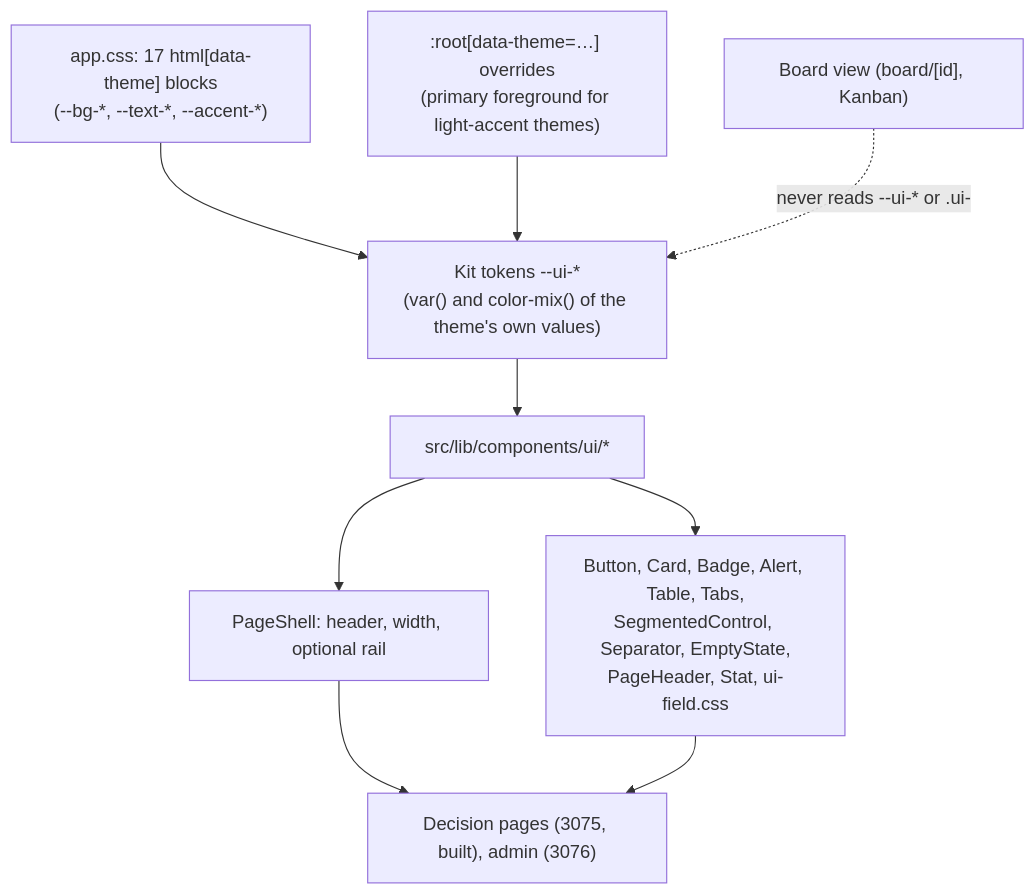
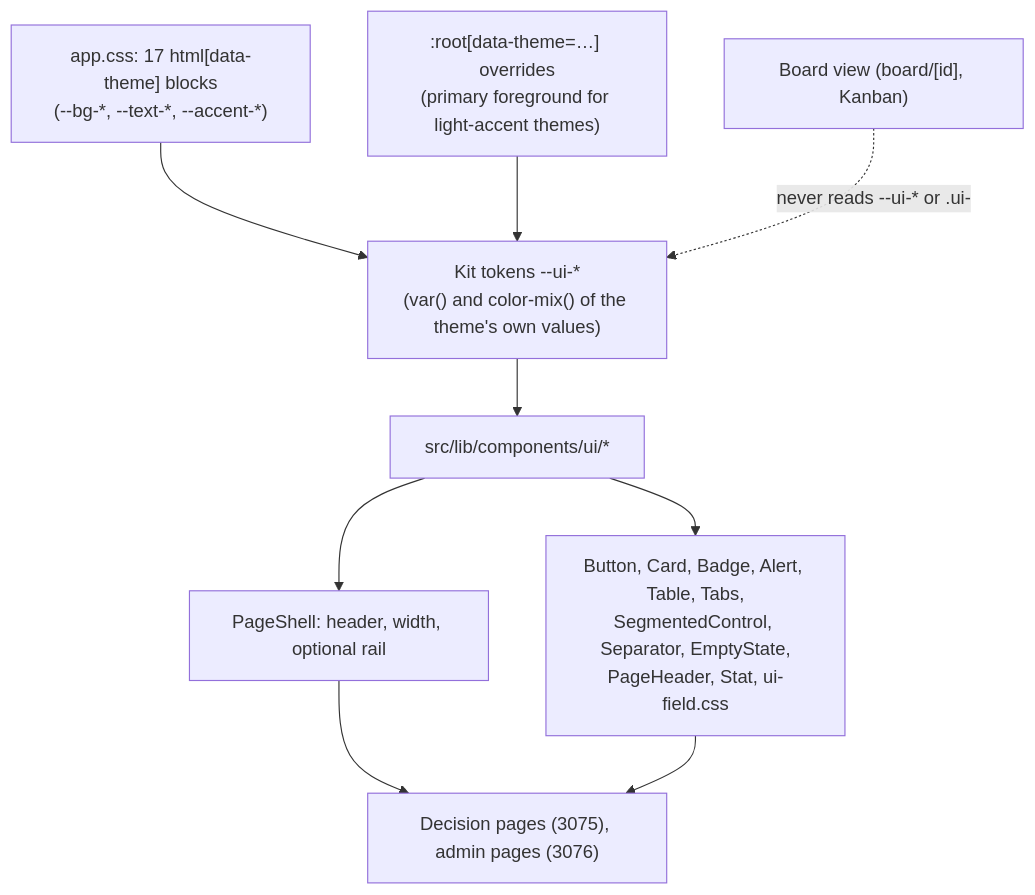
One commit to gitBoon/DumpFire changed the first of 4 diagrams in docs/ui-kit.md. Above: the diagram before and after it, drawn with Mermaid. The commit also changed other lines of this file and 37 other files, not shown here.

````diff
--- a/docs/ui-kit.md
+++ b/docs/ui-kit.md
@@ -28,11 +29,11 @@
 ```mermaid
 flowchart TB
     Themes["app.css: 17 html[data-theme] blocks<br/>(--bg-*, --text-*, --accent-*)"] --> Tokens["Kit tokens --ui-*<br/>(var() and color-mix() of the theme's own values)"]
     Overrides[":root[data-theme=…] overrides<br/>(primary foreground for light-accent themes)"] --> Tokens
     Tokens --> Kit["src/lib/components/ui/*"]
     Kit --> Shell["PageShell: header, width, optional rail"]
     Kit --> Parts["Button, Card, Badge, Alert, Table, Tabs,<br/>SegmentedControl, Separator, EmptyState,<br/>PageHeader, Stat, ui-field.css"]
-    Shell --> Pages["Decision pages (3075, built), admin (3076)"]
+    Shell --> Pages["Decision pages (3075), admin pages (3076)"]
     Parts --> Pages
     Board["Board view (board/[id], Kanban)"] -.->|"never reads --ui-* or .ui-"| Tokens
 ```
````
